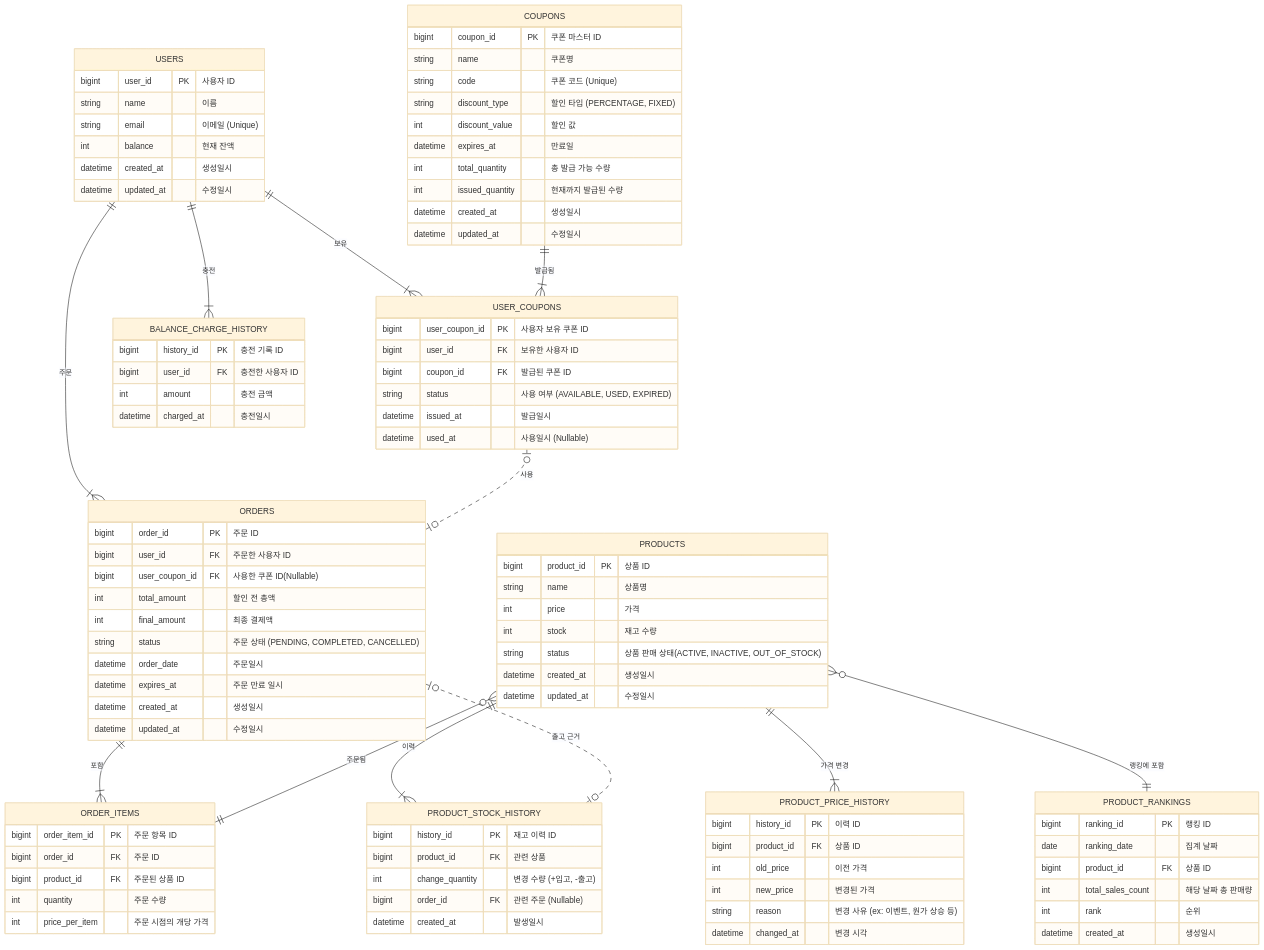
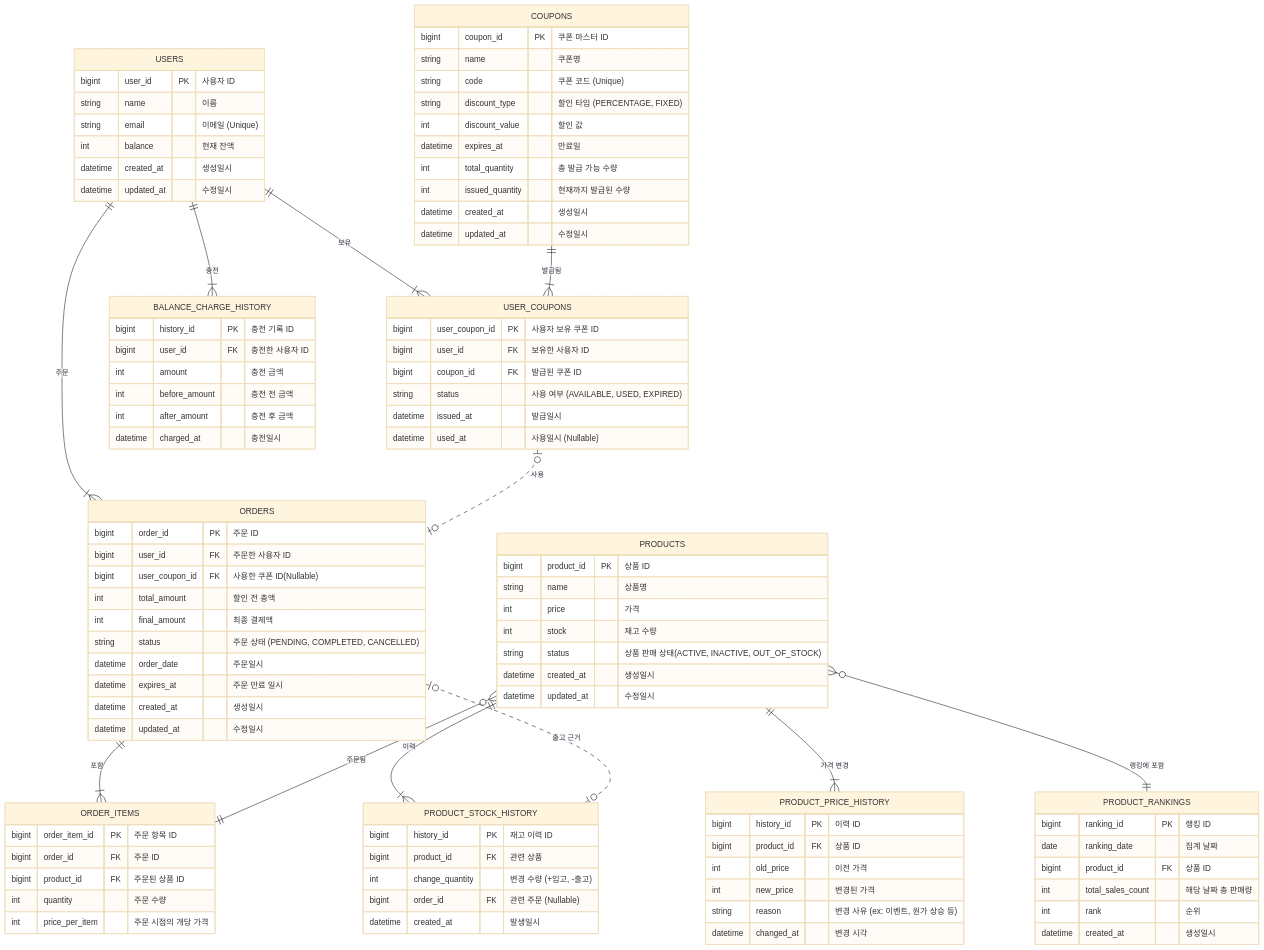
The diagram in docs/03_erd.md (kbyunghoon/e-commerce), drawn with Mermaid (base theme) before and after one commit. The commit also changed 28 other files, not shown here.

```diff
--- a/docs/03_erd.md
+++ b/docs/03_erd.md
@@ -83,6 +83,8 @@
         bigint history_id PK "충전 기록 ID"
         bigint user_id FK "충전한 사용자 ID"
         int amount "충전 금액"
+        int before_amount "충전 전 금액"
+        int after_amount "충전 후 금액"
         datetime charged_at "충전일시"
     }
     
```
